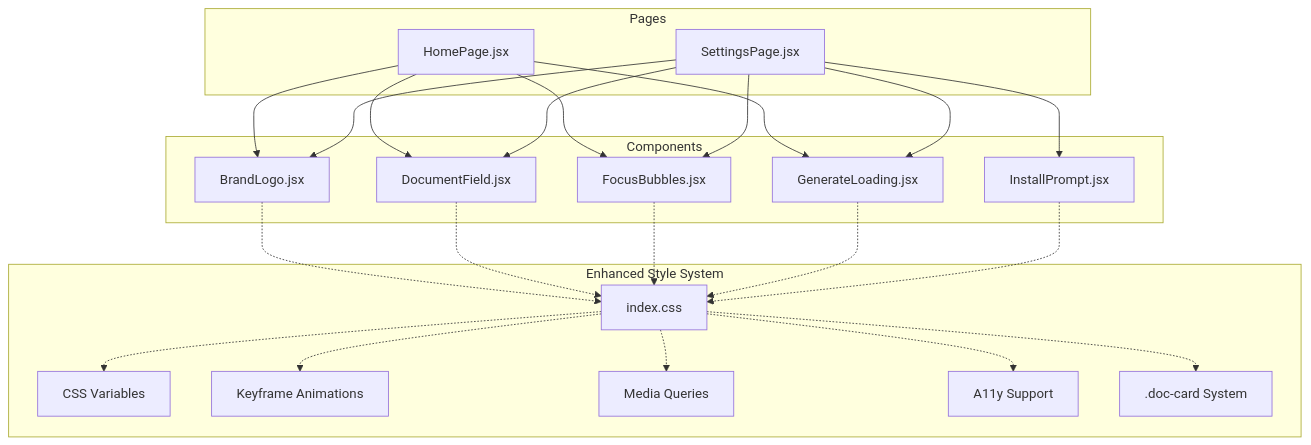
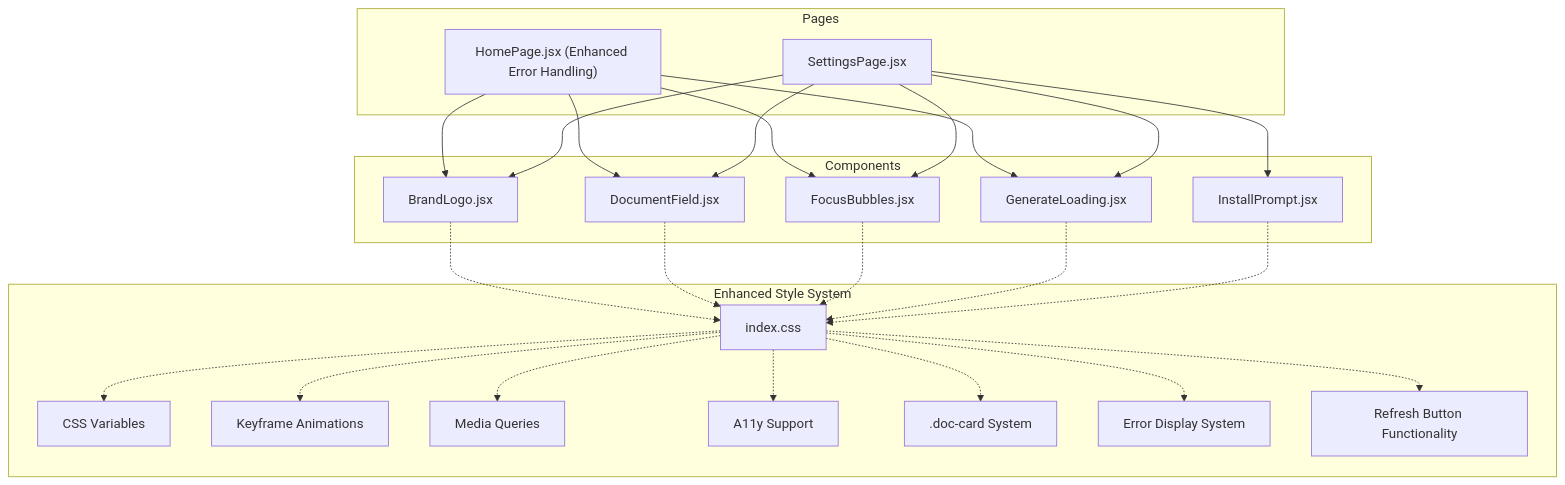
The second of 3 diagrams in .qoder/repowiki/en/content/Component Library/UI Components.md (zmyeo54/briefroom), drawn with Mermaid before and after one commit. The commit also changed other lines of this file and 56 other files, not shown here.

````diff
--- a/.qoder/repowiki/en/content/Component Library/UI Components.md
+++ b/.qoder/repowiki/en/content/Component Library/UI Components.md
@@ -120,41 +121,45 @@
 ```mermaid
 graph TB
 subgraph "Pages"
-HP["HomePage.jsx"]
+HP["HomePage.jsx (Enhanced Error Handling)"]
 SP["SettingsPage.jsx"]
 end
 subgraph "Components"
 BL["BrandLogo.jsx"]
 DF["DocumentField.jsx"]
 FB["FocusBubbles.jsx"]
 GL["GenerateLoading.jsx"]
 IP["InstallPrompt.jsx"]
 end
 subgraph "Enhanced Style System"
 CSS["index.css"]
 Tokens["CSS Variables"]
 Animations["Keyframe Animations"]
 Responsive["Media Queries"]
 Accessibility["A11y Support"]
 DocCards[".doc-card System"]
+ErrorDisplay["Error Display System"]
+RefreshMechanism["Refresh Button Functionality"]
 end
 HP --> BL
 HP --> DF
 HP --> FB
 HP --> GL
 SP --> BL
 SP --> DF
 SP --> FB
 SP --> GL
 SP --> IP
 BL -.-> CSS
 DF -.-> CSS
 FB -.-> CSS
 GL -.-> CSS
 IP -.-> CSS
 CSS -.-> Tokens
 CSS -.-> Animations
 CSS -.-> Responsive
 CSS -.-> Accessibility
 CSS -.-> DocCards
+CSS -.-> ErrorDisplay
+CSS -.-> RefreshMechanism
 ```
````
